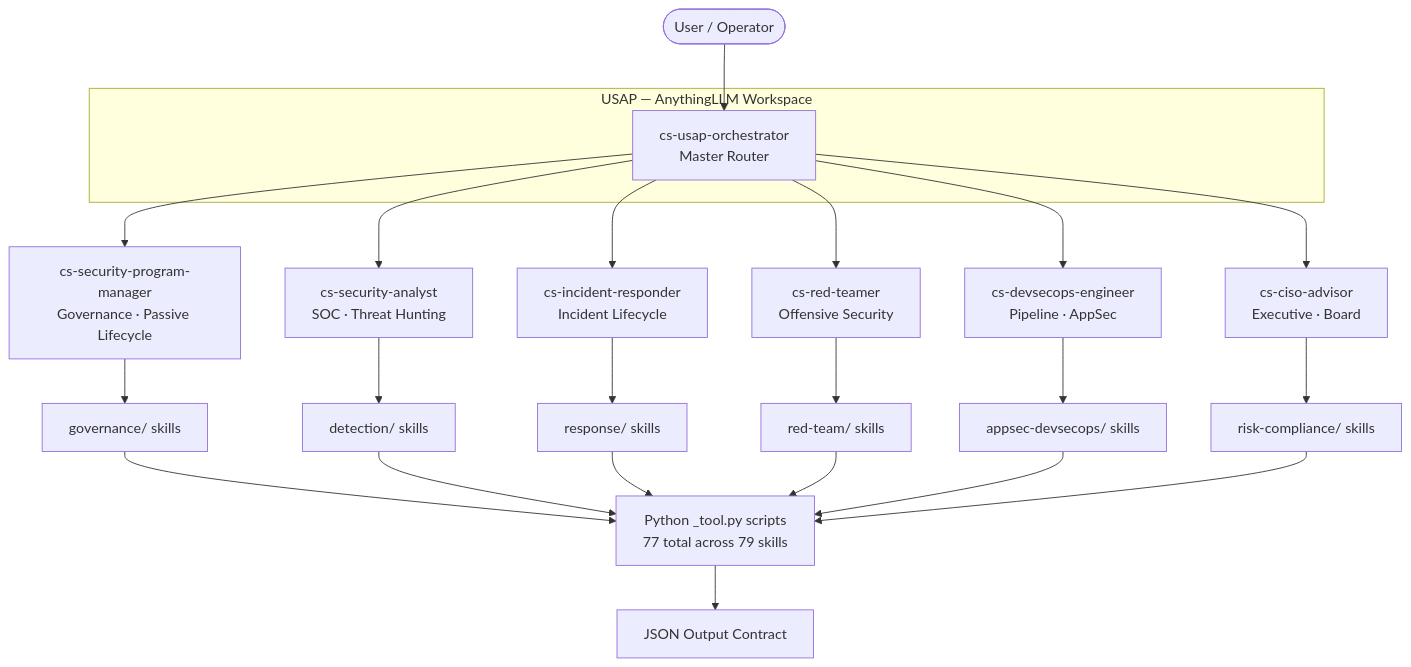
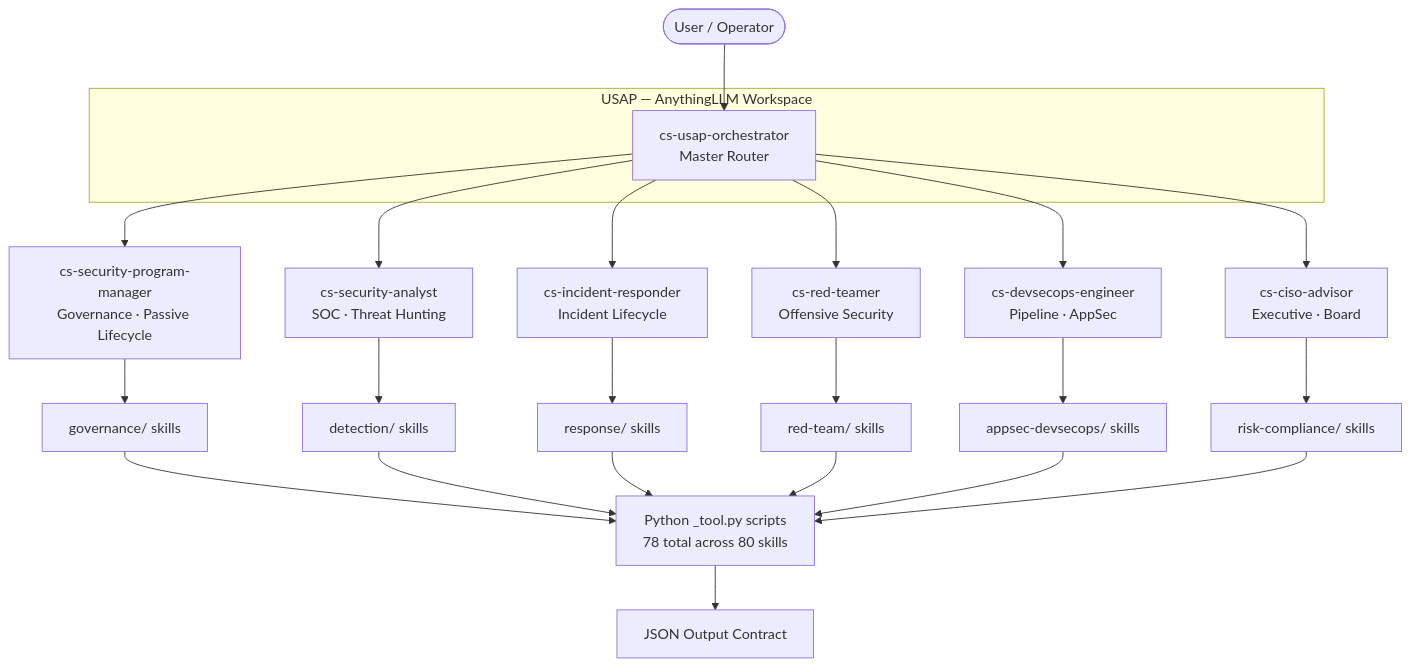
Before and after one commit to jaskaranhundal/usap-skills: the first of 12 diagrams in docs/TECHNICAL_REFERENCE.md, drawn with Mermaid. The commit also changed other lines of this file and 43 other files, not shown here.

````diff
--- a/docs/TECHNICAL_REFERENCE.md
+++ b/docs/TECHNICAL_REFERENCE.md
@@ -44,25 +44,25 @@
 ```mermaid
 graph TB
     User([User / Operator]) --> ORCH
 
     subgraph USAP["USAP — AnythingLLM Workspace"]
         ORCH[cs-usap-orchestrator<br/>Master Router]
     end
 
     ORCH --> PM[cs-security-program-manager<br/>Governance · Passive Lifecycle]
     ORCH --> SA[cs-security-analyst<br/>SOC · Threat Hunting]
     ORCH --> IR[cs-incident-responder<br/>Incident Lifecycle]
     ORCH --> RT[cs-red-teamer<br/>Offensive Security]
     ORCH --> DE[cs-devsecops-engineer<br/>Pipeline · AppSec]
     ORCH --> CA[cs-ciso-advisor<br/>Executive · Board]
 
     PM --> G[governance/ skills]
     SA --> D[detection/ skills]
     IR --> R[response/ skills]
     RT --> T[red-team/ skills]
     DE --> A[appsec-devsecops/ skills]
     CA --> RC[risk-compliance/ skills]
 
-    G & D & R & T & A & RC --> TOOLS[Python _tool.py scripts<br/>77 total across 79 skills]
+    G & D & R & T & A & RC --> TOOLS[Python _tool.py scripts<br/>78 total across 80 skills]
     TOOLS --> OUTPUT[JSON Output Contract]
 ```
````
